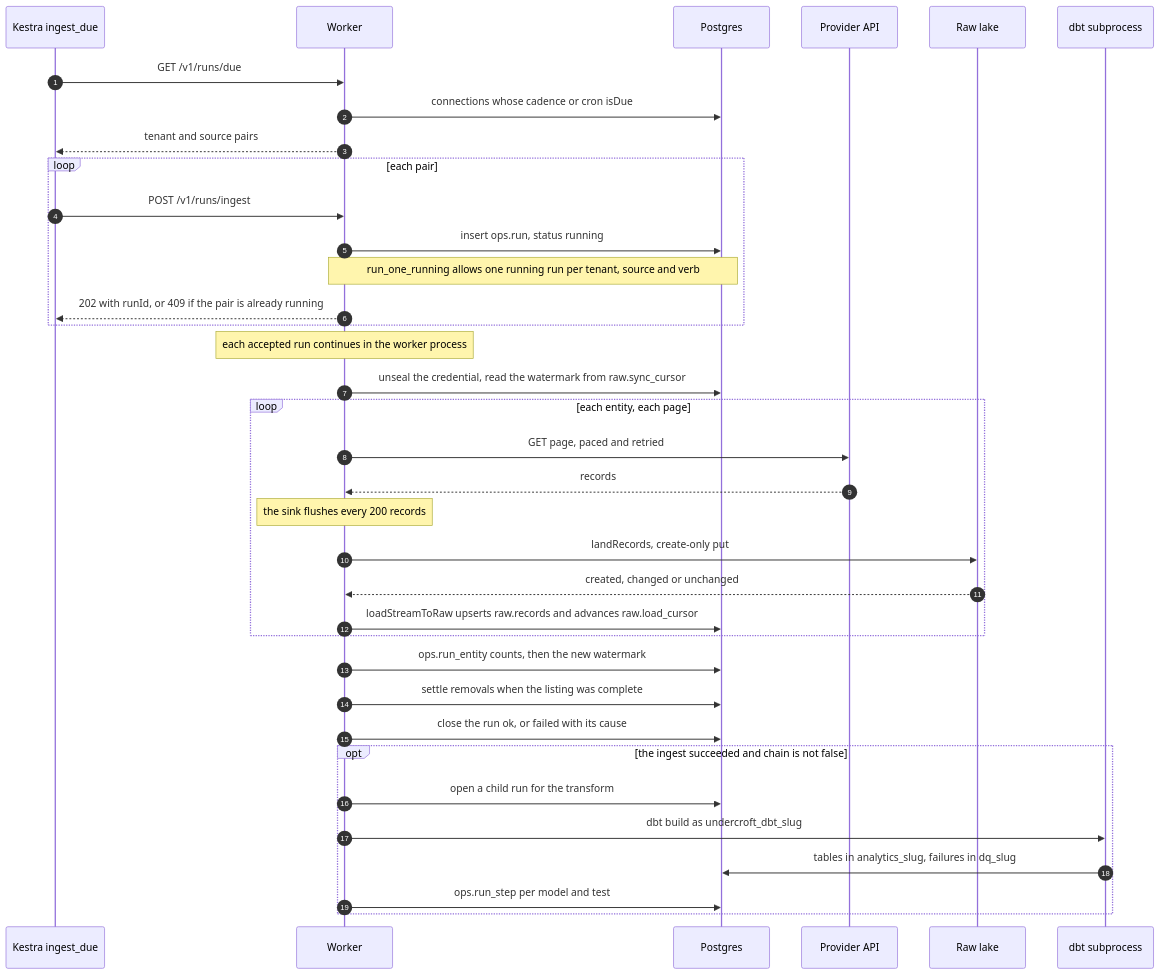
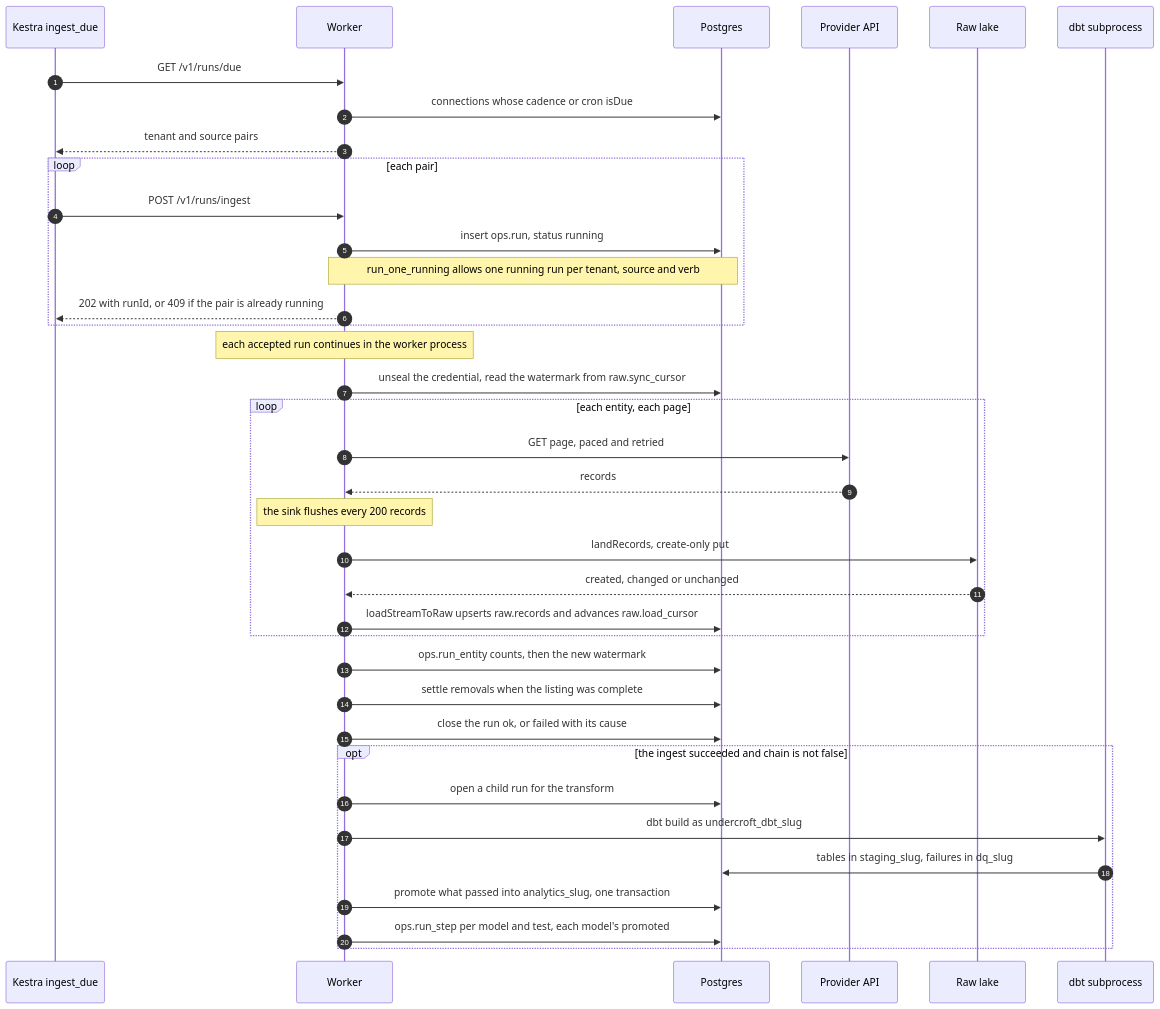
One commit to muitneliss/undercroft changed the sixth of 15 diagrams in docs/architecture.md. Above: the diagram before and after it, drawn with Mermaid. The commit also changed other lines of this file and 51 other files, not shown here.

````diff
--- a/docs/architecture.md
+++ b/docs/architecture.md
@@ -430,39 +440,40 @@
 ```mermaid
 sequenceDiagram
     autonumber
     participant K as Kestra ingest_due
     participant W as Worker
     participant PG as Postgres
     participant P as Provider API
     participant L as Raw lake
     participant D as dbt subprocess
 
     K->>W: GET /v1/runs/due
     W->>PG: connections whose cadence or cron isDue
     W-->>K: tenant and source pairs
     loop each pair
         K->>W: POST /v1/runs/ingest
         W->>PG: insert ops.run, status running
         Note over W,PG: run_one_running allows one running run per tenant, source and verb
         W-->>K: 202 with runId, or 409 if the pair is already running
     end
     Note over W: each accepted run continues in the worker process
     W->>PG: unseal the credential, read the watermark from raw.sync_cursor
     loop each entity, each page
         W->>P: GET page, paced and retried
         P-->>W: records
         Note over W: the sink flushes every 200 records
         W->>L: landRecords, create-only put
         L-->>W: created, changed or unchanged
         W->>PG: loadStreamToRaw upserts raw.records and advances raw.load_cursor
     end
     W->>PG: ops.run_entity counts, then the new watermark
     W->>PG: settle removals when the listing was complete
     W->>PG: close the run ok, or failed with its cause
     opt the ingest succeeded and chain is not false
         W->>PG: open a child run for the transform
         W->>D: dbt build as undercroft_dbt_slug
-        D->>PG: tables in analytics_slug, failures in dq_slug
-        W->>PG: ops.run_step per model and test
+        D->>PG: tables in staging_slug, failures in dq_slug
+        W->>PG: promote what passed into analytics_slug, one transaction
+        W->>PG: ops.run_step per model and test, each model's promoted
     end
 ```
````
